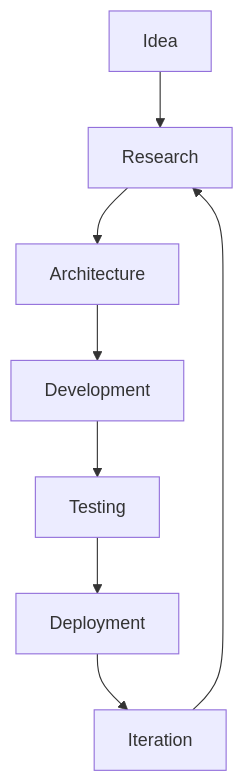
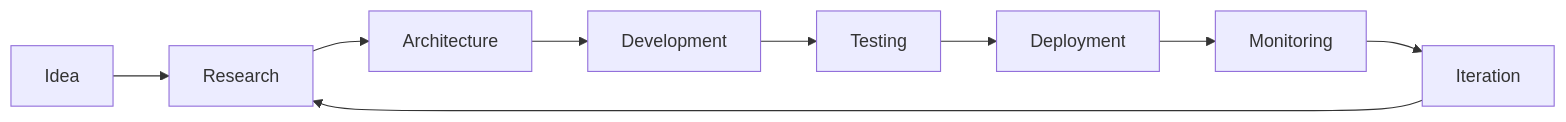
One commit to CAForge/.github changed the first of 2 diagrams in profile/README.md. Above: the diagram before and after it, drawn with Mermaid. The commit also changed other lines of this file, not shown here.

````diff
--- a/profile/README.md
+++ b/profile/README.md
@@ -298,10 +245,11 @@
 ```mermaid
-flowchart TD
+flowchart LR
     A[Idea] --> B[Research]
     B --> C[Architecture]
     C --> D[Development]
     D --> E[Testing]
     E --> F[Deployment]
-    F --> G[Iteration]
-    G --> B
+    F --> G[Monitoring]
+    G --> H[Iteration]
+    H --> B
 ```
````
